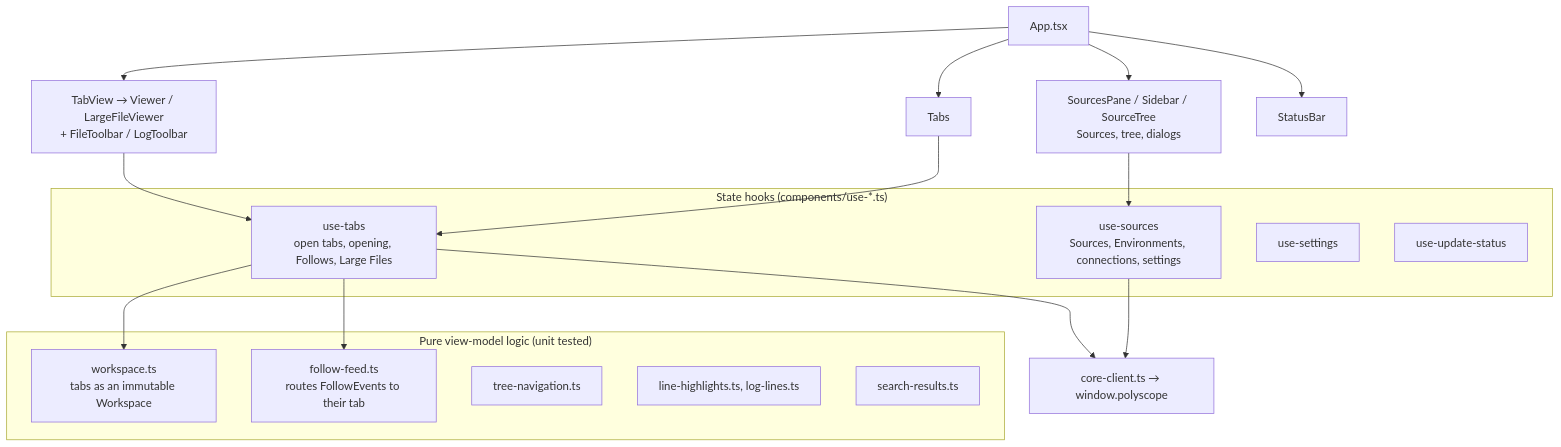
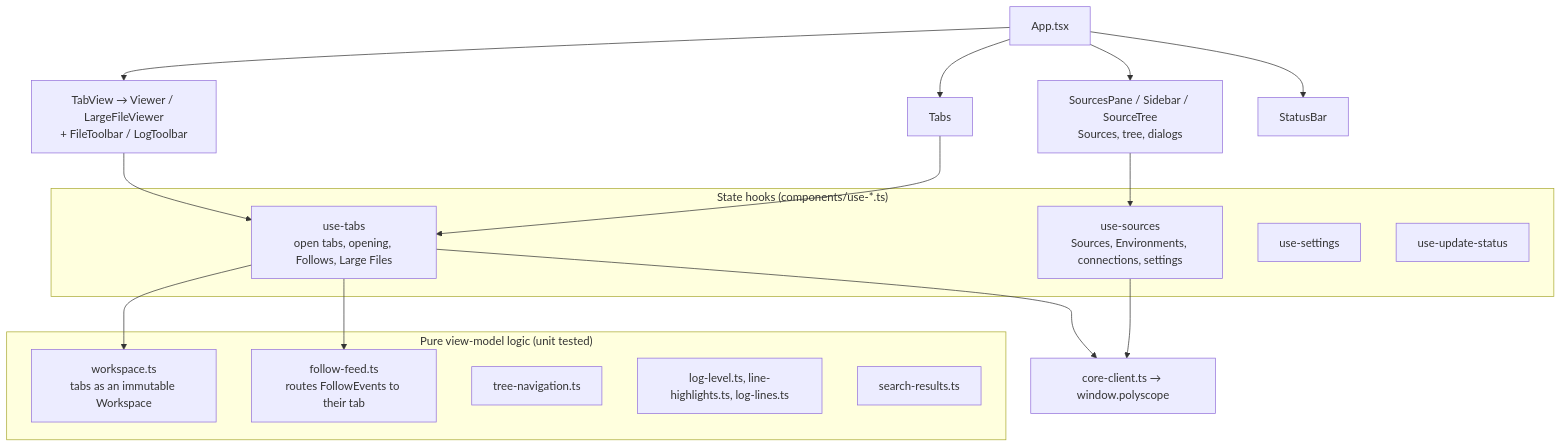
The fourth of 7 diagrams in docs/architecture.md (ducttapeworksorg/polyscope), drawn with Mermaid before and after one commit. The commit also changed other lines of this file and 7 other files, not shown here.

First line of the commit message:
feat: colour each line's Log Level as popular loggers write it

````diff
--- a/docs/architecture.md
+++ b/docs/architecture.md
@@ -342,31 +342,31 @@
 ```mermaid
 flowchart TB
   App["App.tsx"]
   App --> SP["SourcesPane / Sidebar / SourceTree<br/>Sources, tree, dialogs"]
   App --> Tabs["Tabs"]
   App --> TV["TabView → Viewer / LargeFileViewer<br/>+ FileToolbar / LogToolbar"]
   App --> SB["StatusBar"]
 
   subgraph Hooks["State hooks (components/use-*.ts)"]
     US["use-sources<br/>Sources, Environments, connections, settings"]
     UT["use-tabs<br/>open tabs, opening, Follows, Large Files"]
     USet["use-settings"]
     UU["use-update-status"]
   end
 
   subgraph Pure["Pure view-model logic (unit tested)"]
     WS["workspace.ts<br/>tabs as an immutable Workspace"]
     FF["follow-feed.ts<br/>routes FollowEvents to their tab"]
     TN["tree-navigation.ts"]
-    LH["line-highlights.ts, log-lines.ts"]
+    LH["log-level.ts, line-highlights.ts, log-lines.ts"]
     SR["search-results.ts"]
   end
 
   SP --> US
   Tabs --> UT
   TV --> UT
   UT --> WS
   UT --> FF
   US --> CC["core-client.ts → window.polyscope"]
   UT --> CC
 ```
````
